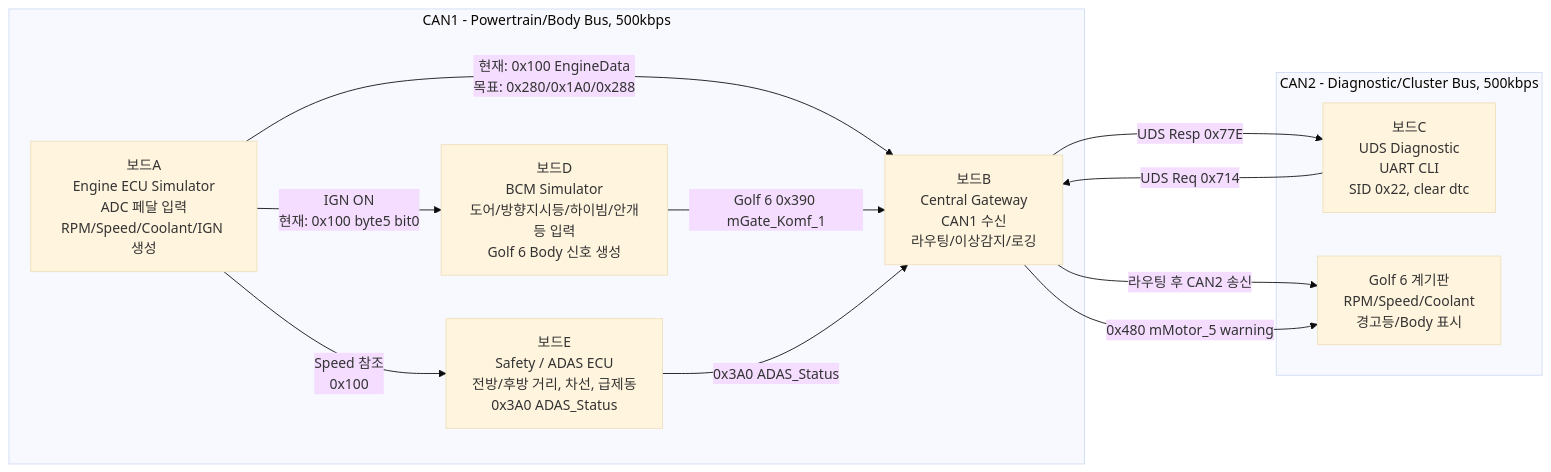
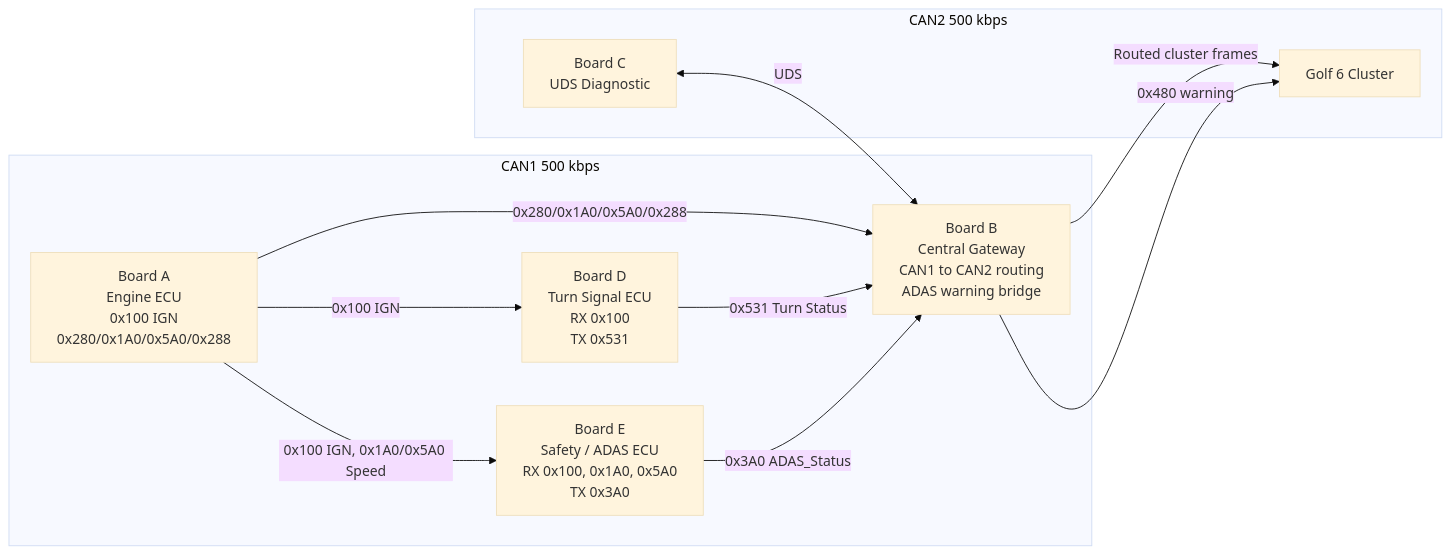
One commit to JJiiyun/can-gateway-uds changed the diagram in README.md. Above: the diagram before and after it, drawn with Mermaid (base theme). The commit also changed other lines of this file and 2 other files, not shown here.

````diff
--- a/README.md
+++ b/README.md
@@ -39,31 +49,30 @@
 ```mermaid
 flowchart LR
-    A["보드A<br/>Engine ECU Simulator<br/>ADC 페달 입력<br/>RPM/Speed/Coolant/IGN 생성"]
-    D["보드D<br/>BCM Simulator<br/>도어/방향지시등/하이빔/안개등 입력<br/>Golf 6 Body 신호 생성"]
-    E["보드E<br/>Safety / ADAS ECU<br/>전방/후방 거리, 차선, 급제동<br/>0x3A0 ADAS_Status"]
-    B["보드B<br/>Central Gateway<br/>CAN1 수신<br/>라우팅/이상감지/로깅"]
-    C["보드C<br/>UDS Diagnostic<br/>UART CLI<br/>SID 0x22, clear dtc"]
-    K["Golf 6 계기판<br/>RPM/Speed/Coolant<br/>경고등/Body 표시"]
+    A["Board A<br/>Engine ECU<br/>0x100 IGN<br/>0x280/0x1A0/0x5A0/0x288"]
+    D["Board D<br/>Turn Signal ECU<br/>RX 0x100<br/>TX 0x531"]
+    E["Board E<br/>Safety / ADAS ECU<br/>RX 0x100, 0x1A0, 0x5A0<br/>TX 0x3A0"]
+    B["Board B<br/>Central Gateway<br/>CAN1 to CAN2 routing<br/>ADAS warning bridge"]
+    C["Board C<br/>UDS Diagnostic"]
+    K["Golf 6 Cluster"]
 
-    subgraph CAN1["CAN1 - Powertrain/Body Bus, 500kbps"]
+    subgraph CAN1["CAN1 500 kbps"]
         A
         D
         E
         B
     end
 
-    subgraph CAN2["CAN2 - Diagnostic/Cluster Bus, 500kbps"]
+    subgraph CAN2["CAN2 500 kbps"]
         C
         K
     end
 
-    A -- "현재: 0x100 EngineData<br/>목표: 0x280/0x1A0/0x288" --> B
-    A -- "IGN ON<br/>현재: 0x100 byte5 bit0" --> D
-    A -- "Speed 참조<br/>0x100" --> E
-    D -- "Golf 6 0x390 mGate_Komf_1" --> B
-    E -- "0x3A0 ADAS_Status" --> B
-    B -- "라우팅 후 CAN2 송신" --> K
-    B -- "0x480 mMotor_5 warning" --> K
-    C -- "UDS Req 0x714" --> B
-    B -- "UDS Resp 0x77E" --> C
+    A -->|0x100 IGN| D
+    A -->|0x100 IGN, 0x1A0/0x5A0 Speed| E
+    A -->|0x280/0x1A0/0x5A0/0x288| B
+    D -->|0x531 Turn Status| B
+    E -->|0x3A0 ADAS_Status| B
+    B -->|Routed cluster frames| K
+    B -->|0x480 warning| K
+    C <-->|UDS| B
 ```
````
